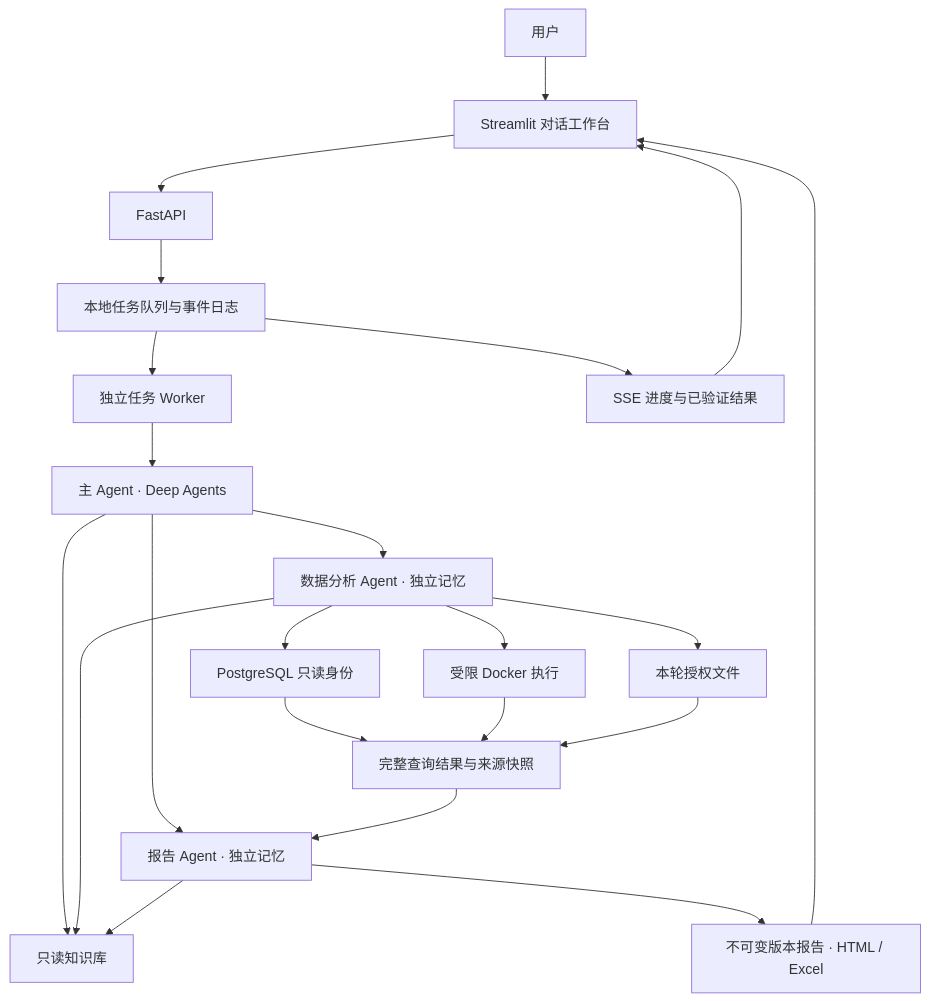
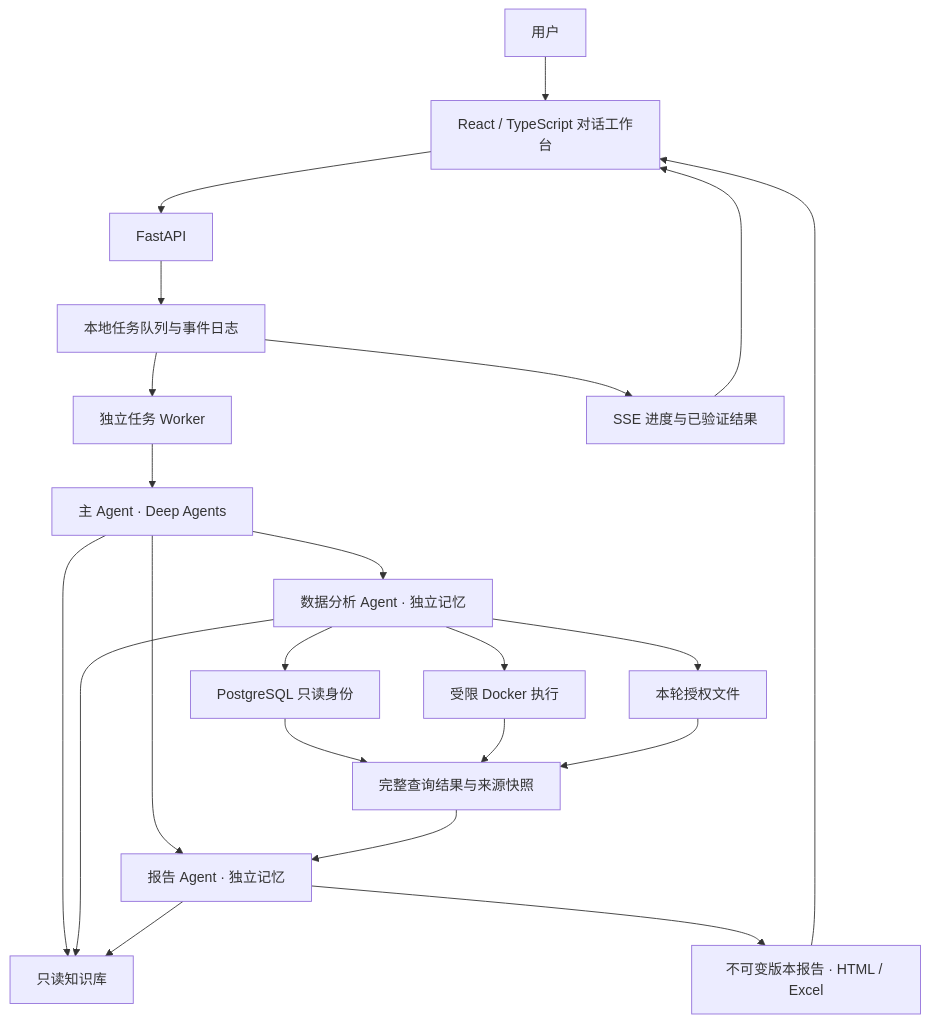
The diagram in docs/ARCHITECTURE.md (19238daig/DS-Studio), drawn with Mermaid before and after one commit. The commit also changed other lines of this file and 31 other files, not shown here.

````diff
--- a/docs/ARCHITECTURE.md
+++ b/docs/ARCHITECTURE.md
@@ -3,24 +3,24 @@
 ```mermaid
 flowchart TD
-    User[用户] --> UI[Streamlit 对话工作台]
+    User[用户] --> UI[React / TypeScript 对话工作台]
     UI --> API[FastAPI]
     API --> Queue[本地任务队列与事件日志]
     Queue --> Worker[独立任务 Worker]
     Worker --> Main[主 Agent · Deep Agents]
     Main --> Analyst[数据分析 Agent · 独立记忆]
     Main --> Designer[报告 Agent · 独立记忆]
     Main --> KB[只读知识库]
     Analyst --> KB
     Designer --> KB
     Analyst --> Files[本轮授权文件]
     Analyst --> PG[PostgreSQL 只读身份]
     Analyst --> Sandbox[受限 Docker 执行]
     PG --> Evidence[完整查询结果与来源快照]
     Sandbox --> Evidence
     Files --> Evidence
     Evidence --> Designer
     Designer --> Reports[不可变版本报告 · HTML / Excel]
     Reports --> UI
     Queue --> Stream[SSE 进度与已验证结果]
     Stream --> UI
 ```
````
